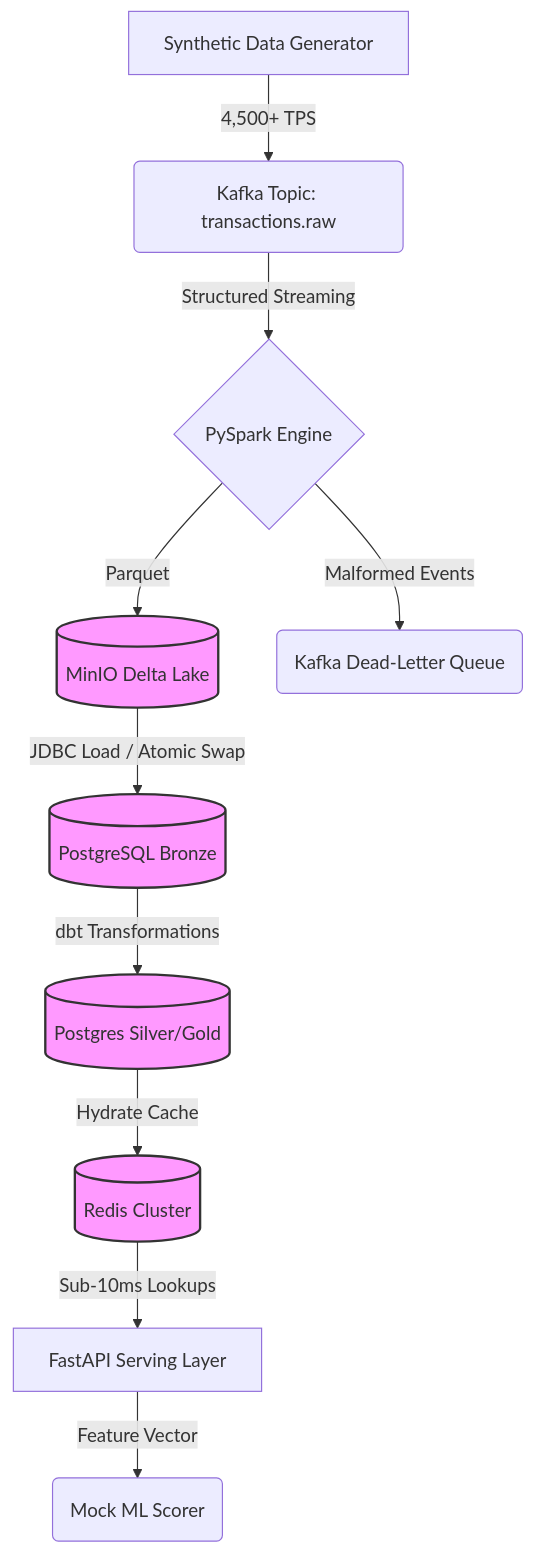
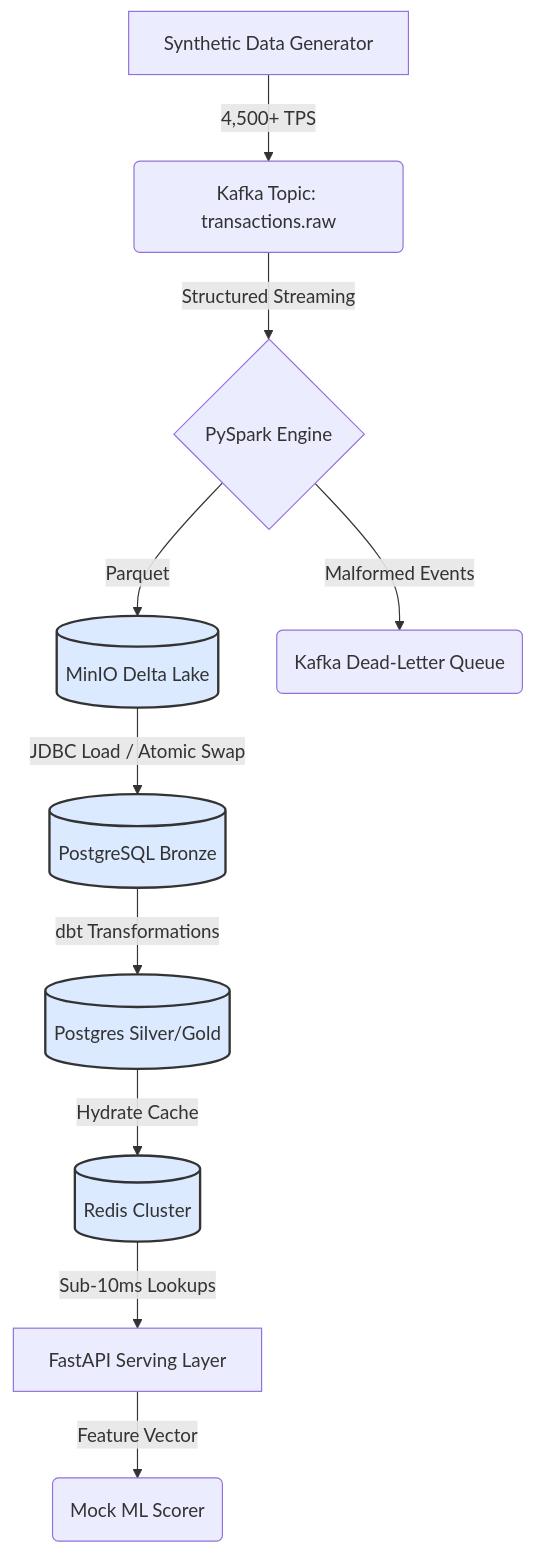
The diagram in README.md (NADEEMTHEBA8/supply-chain-telemetry-pipeline), drawn with Mermaid before and after one commit. The commit also changed other lines of this file, not shown here.

Commit message:
docs: update architecture diagram color and add TPS benchmarks

````diff
--- a/README.md
+++ b/README.md
@@ -43,17 +43,17 @@
 ```mermaid
 graph TD
     A[Synthetic Data Generator] -->|4,500+ TPS| B(Kafka Topic: transactions.raw)
     B -->|Structured Streaming| C{PySpark Engine}
     C -->|Parquet| D[(MinIO Delta Lake)]
     C -->|Malformed Events| DLQ(Kafka Dead-Letter Queue)
     
     D -->|JDBC Load / Atomic Swap| E[(PostgreSQL Bronze)]
     E -->|dbt Transformations| F[(Postgres Silver/Gold)]
     
     F -->|Hydrate Cache| G[(Redis Cluster)]
     G -->|Sub-10ms Lookups| H[FastAPI Serving Layer]
     H -->|Feature Vector| I(Mock ML Scorer)
     
-    classDef storage fill:#f9f,stroke:#333,stroke-width:2px;
+    classDef storage fill:#dbeafe,stroke:#333,stroke-width:2px;
     class D,E,F,G storage;
 ```
````
